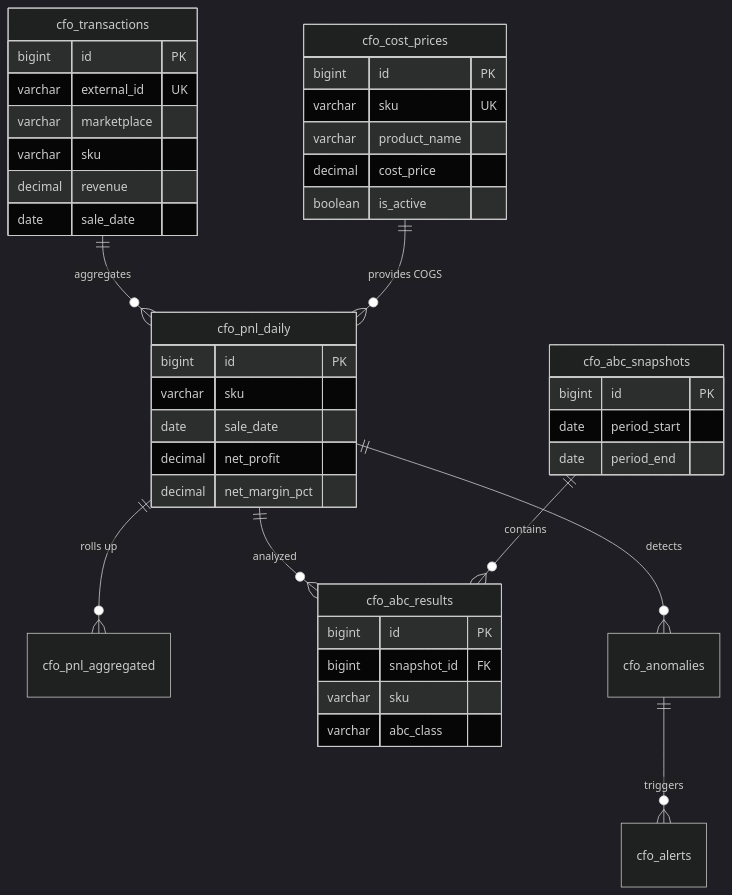
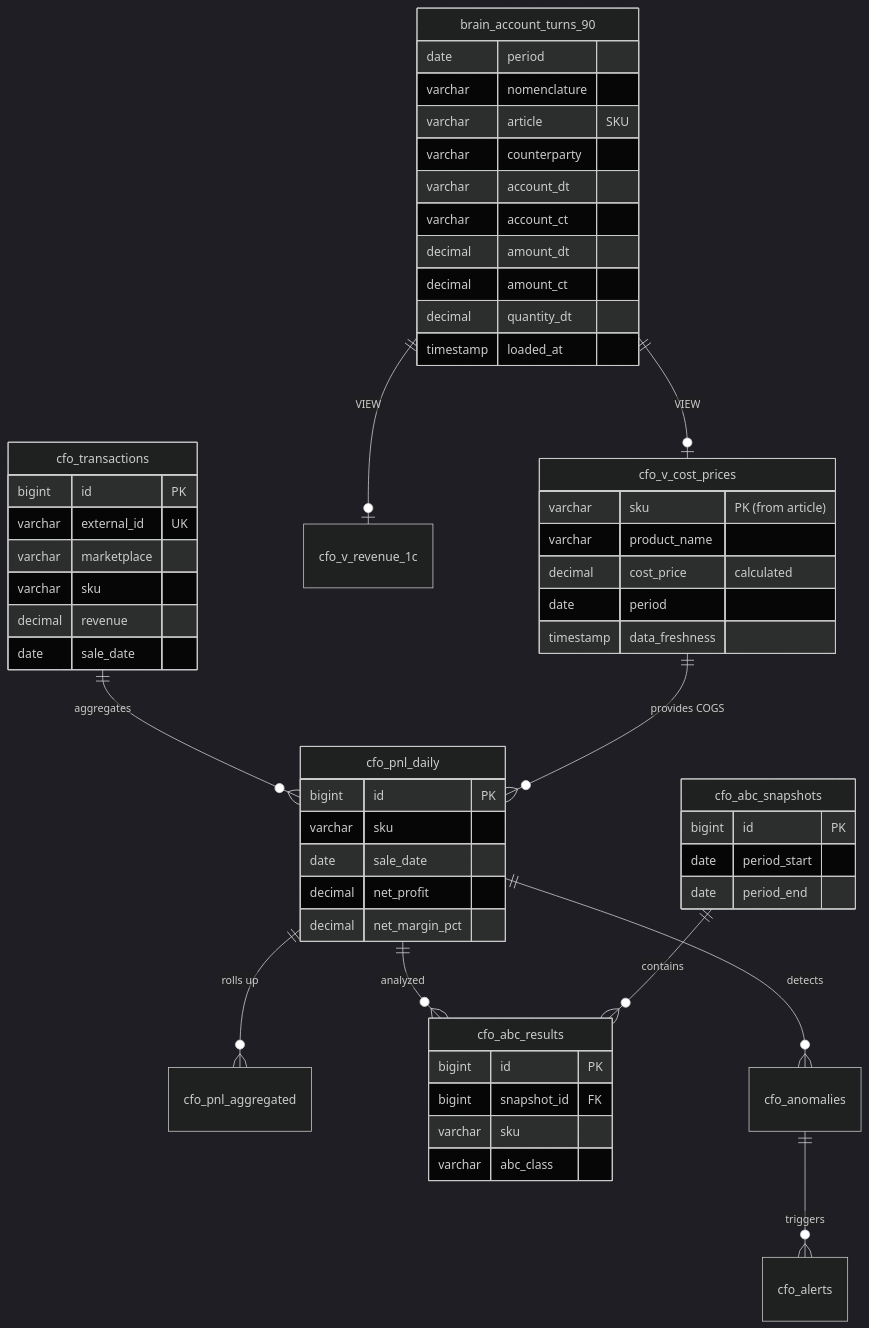
Before and after one commit to Sign25/Docs: the first of 2 diagrams in cfo/adolf_cfo_5_database.md, drawn with Mermaid (dark theme). The commit also changed other lines of this file, not shown here.

Commit message:
CFO Раздел 5: Database v2.0 — brain_* VIEW, удаление cfo_cost_prices

````diff
--- a/cfo/adolf_cfo_5_database.md
+++ b/cfo/adolf_cfo_5_database.md
@@ -40,48 +48,63 @@
 ```mermaid
 erDiagram
+    brain_account_turns_90 ||--o| cfo_v_cost_prices : "VIEW"
+    brain_account_turns_90 ||--o| cfo_v_revenue_1c : "VIEW"
     cfo_transactions ||--o{ cfo_pnl_daily : "aggregates"
-    cfo_cost_prices ||--o{ cfo_pnl_daily : "provides COGS"
+    cfo_v_cost_prices ||--o{ cfo_pnl_daily : "provides COGS"
     cfo_pnl_daily ||--o{ cfo_pnl_aggregated : "rolls up"
     cfo_pnl_daily ||--o{ cfo_abc_results : "analyzed"
     cfo_abc_snapshots ||--o{ cfo_abc_results : "contains"
     cfo_pnl_daily ||--o{ cfo_anomalies : "detects"
     cfo_anomalies ||--o{ cfo_alerts : "triggers"
+
+    brain_account_turns_90 {
+        date period
+        varchar nomenclature
+        varchar article "SKU"
+        varchar counterparty
+        varchar account_dt
+        varchar account_ct
+        decimal amount_dt
+        decimal amount_ct
+        decimal quantity_dt
+        timestamp loaded_at
+    }
+
+    cfo_v_cost_prices {
+        varchar sku "PK (from article)"
+        varchar product_name
+        decimal cost_price "calculated"
+        date period
+        timestamp data_freshness
+    }
 
     cfo_transactions {
         bigint id PK
         varchar external_id UK
         varchar marketplace
         varchar sku
         decimal revenue
         date sale_date
-    }
-
-    cfo_cost_prices {
-        bigint id PK
-        varchar sku UK
-        varchar product_name
-        decimal cost_price
-        boolean is_active
     }
 
     cfo_pnl_daily {
         bigint id PK
         varchar sku
         date sale_date
         decimal net_profit
         decimal net_margin_pct
     }
 
     cfo_abc_results {
         bigint id PK
         bigint snapshot_id FK
         varchar sku
         varchar abc_class
     }
 
     cfo_abc_snapshots {
         bigint id PK
         date period_start
         date period_end
     }
 ```
````
